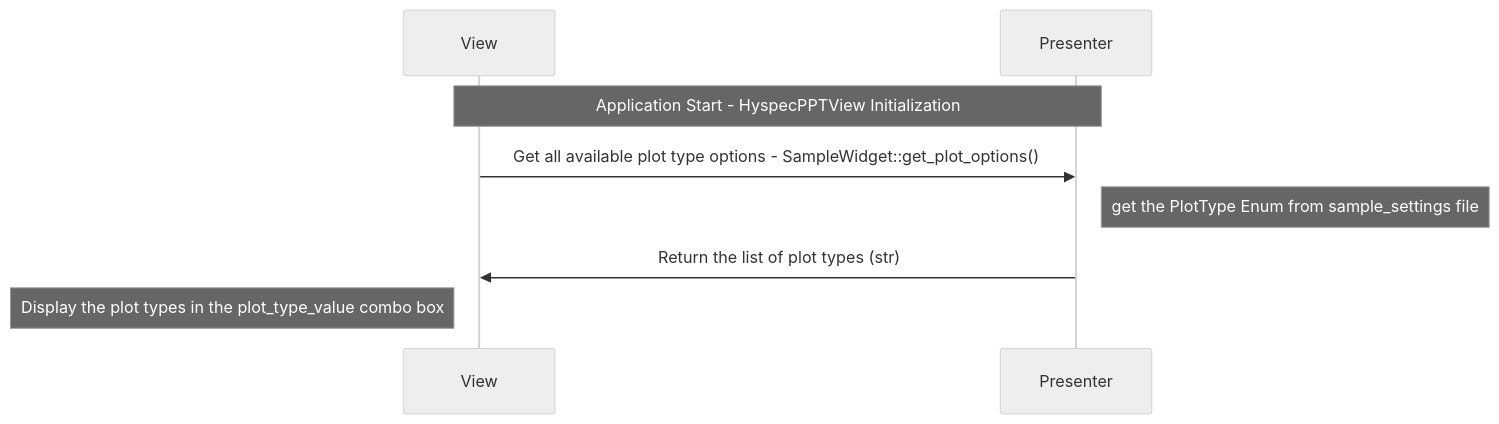
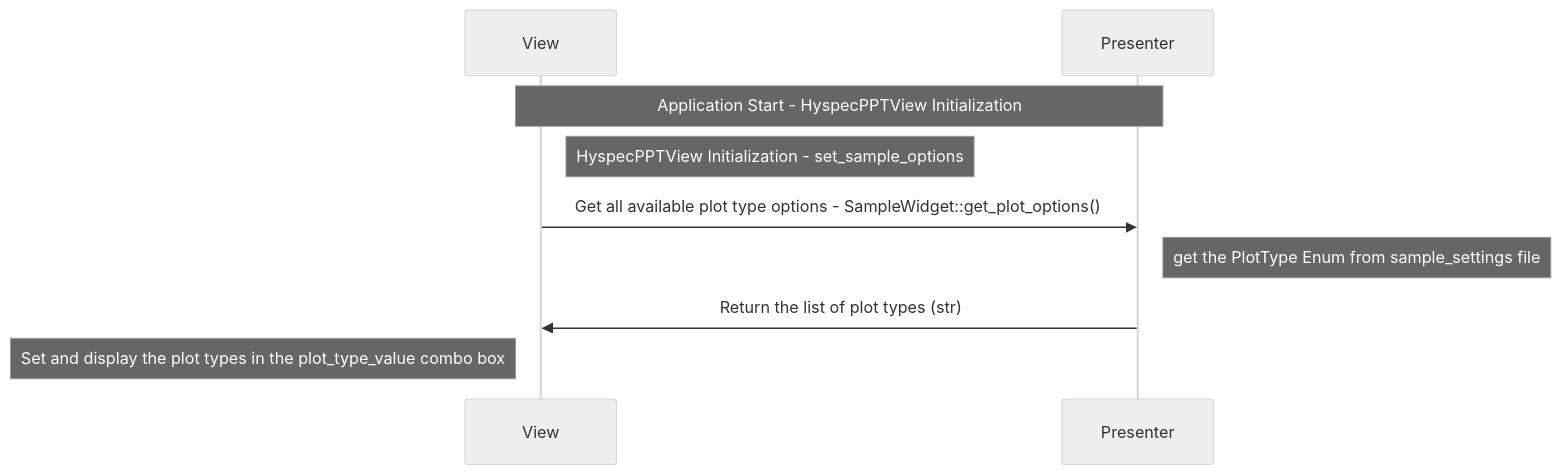
One commit to neutrons/hyspecppt changed the fourth of 9 diagrams in docs/source/design/hyspecpptclasses.rst. Above: the diagram before and after it, drawn with Mermaid (neutral theme). The commit also changed other lines of this file, not shown here.

```diff
--- a/docs/source/design/hyspecpptclasses.rst
+++ b/docs/source/design/hyspecpptclasses.rst
@@ -489,11 +458,12 @@
     .. mermaid::
 
         sequenceDiagram
             participant View
             participant Presenter
 
             Note over View,Presenter: Application Start - HyspecPPTView Initialization
+            Note right of View: HyspecPPTView Initialization - set_sample_options
             View->>Presenter: Get all available plot type options - SampleWidget::get_plot_options()
             Note right of Presenter: get the PlotType Enum from sample_settings file
             Presenter->>View: Return the list of plot types (str)
-            Note left of View: Display the plot types in the plot_type_value combo box
+            Note left of View: Set and display the plot types in the plot_type_value combo box
```
